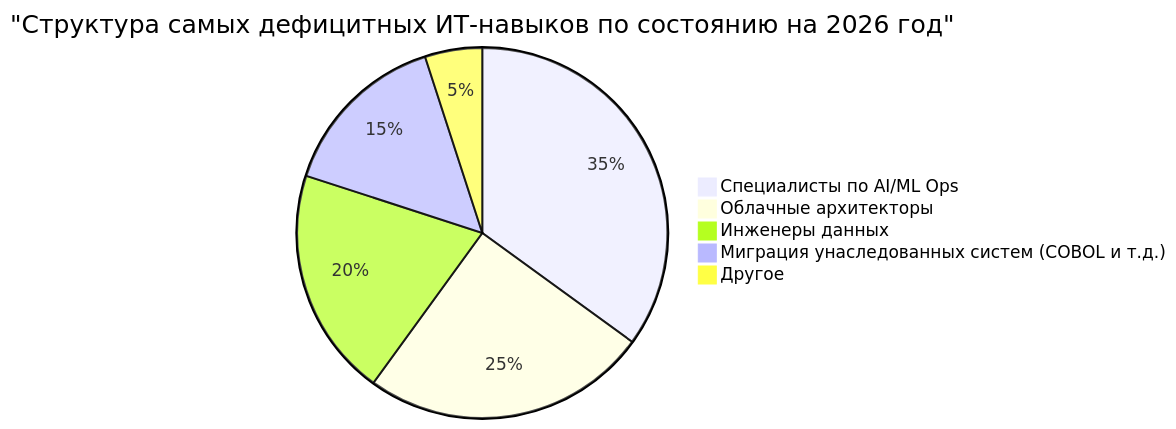
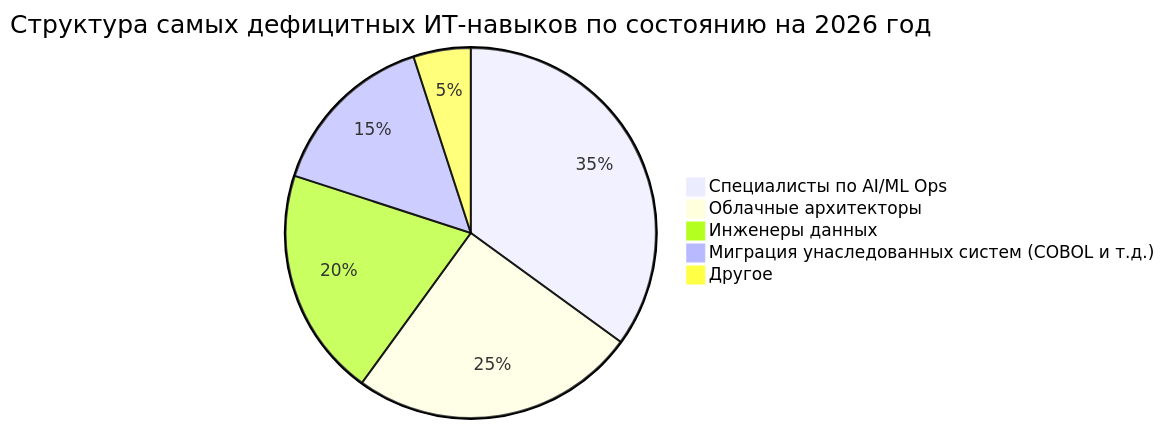
Before and after one commit to kenjinote/blog: the second of 4 diagrams in content/post/it_talent_shortage_2026/index.ru.md, drawn with Mermaid. The commit also changed other lines of this file and 703 other files, not shown here.

Commit message:
Fix: Remove quotes from Mermaid link texts and timeline definitions to support Mermaid 11.4.1

````diff
--- a/content/post/it_talent_shortage_2026/index.ru.md
+++ b/content/post/it_talent_shortage_2026/index.ru.md
@@ -77,8 +77,8 @@
 ```mermaid
-pie title "Структура самых дефицитных ИТ-навыков по состоянию на 2026 год"
+pie title Структура самых дефицитных ИТ-навыков по состоянию на 2026 год
     "Специалисты по AI/ML Ops" : 35
     "Облачные архитекторы" : 25
     "Инженеры данных" : 20
     "Миграция унаследованных систем (COBOL и т.д.)" : 15
     "Другое" : 5
 ```
````
